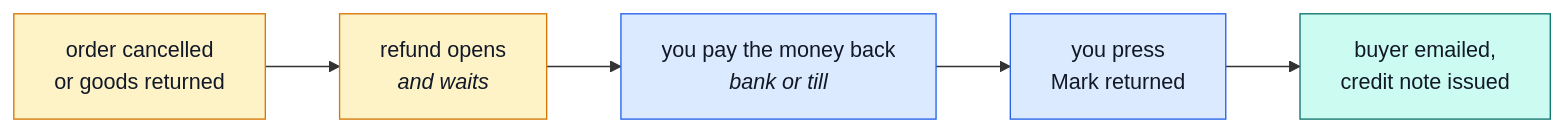
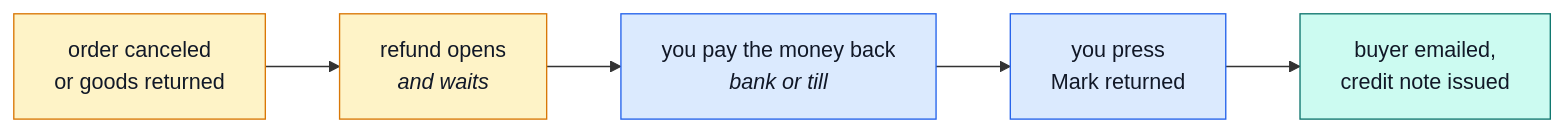
One commit to Guebbit/boilerplate-node-backend changed the first of 3 diagrams in docs/demo-ecommerce/when-something-goes-wrong.md. Above: the diagram before and after it, drawn with Mermaid. The commit also changed other lines of this file and 301 other files, not shown here.

````diff
--- a/docs/demo-ecommerce/when-something-goes-wrong.md
+++ b/docs/demo-ecommerce/when-something-goes-wrong.md
@@ -49,15 +49,15 @@
 ```mermaid
 %%{init: {'flowchart': {'nodeSpacing': 30, 'rankSpacing': 55}}}%%
 flowchart LR
-    A["order cancelled<br/>or goods returned"] --> B["refund opens<br/><i>and waits</i>"]
+    A["order canceled<br/>or goods returned"] --> B["refund opens<br/><i>and waits</i>"]
     B --> C["you pay the money back<br/><i>bank or till</i>"]
     C --> D["you press<br/>Mark returned"]
     D --> E["buyer emailed,<br/>credit note issued"]
 
     classDef auto fill:#fef3c7,stroke:#d97706,color:#111827;
     classDef you fill:#dbeafe,stroke:#2563eb,color:#111827;
     classDef done fill:#ccfbf1,stroke:#0f766e,color:#111827;
     class A,B auto;
     class C,D you;
     class E done;
 ```
````
